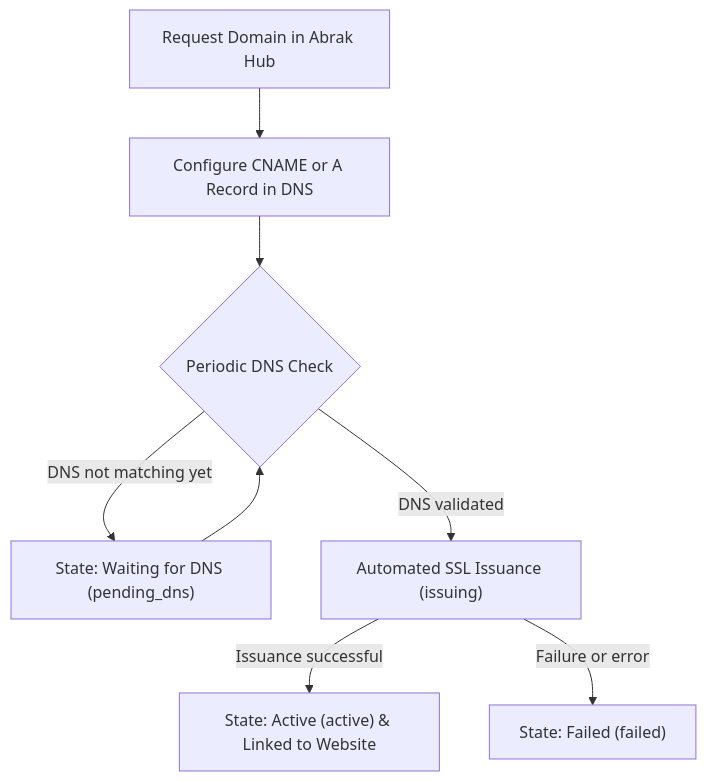
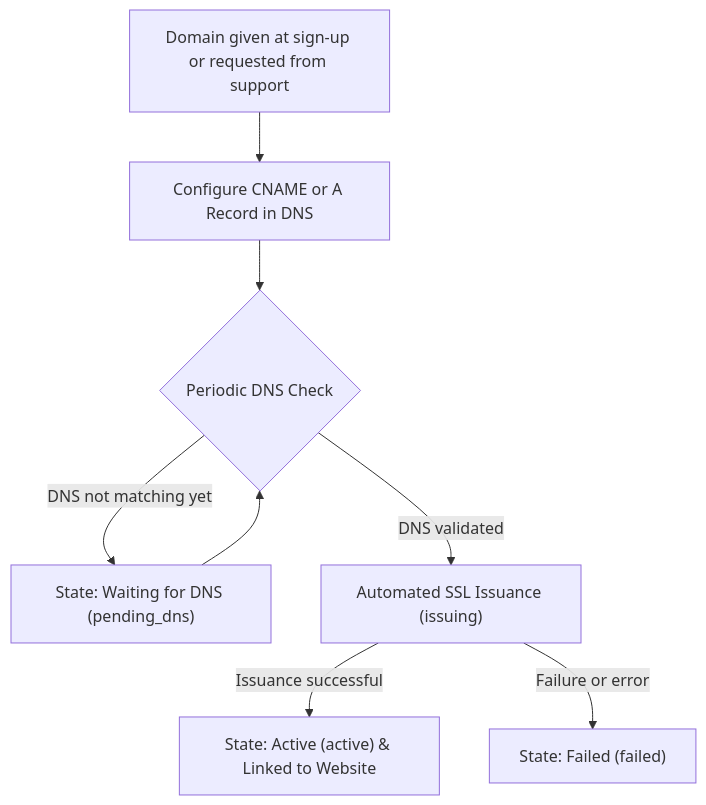
Before and after one commit to abrakorg/abrak-docs: the diagram in en/custom-domain.md, drawn with Mermaid. The commit also changed other lines of this file and 3 other files, not shown here.

Commit message:
docs(custom-domain): match the live flow — domain given at sign-up or via support, operator starts and removes, notices from the notification centre + account history (no portal claim) (fa, en, ar, ps)

````diff
--- a/en/custom-domain.md
+++ b/en/custom-domain.md
@@ -21,10 +21,10 @@
 ```mermaid
 flowchart TD
-    A["Request Domain in Abrak Hub"] --> B["Configure CNAME or A Record in DNS"]
+    A["Domain given at sign-up or requested from support"] --> B["Configure CNAME or A Record in DNS"]
     B --> C{"Periodic DNS Check"}
     C -- "DNS not matching yet" --> D["State: Waiting for DNS (pending_dns)"]
     D --> C
     C -- "DNS validated" --> E["Automated SSL Issuance (issuing)"]
     E -- "Issuance successful" --> F["State: Active (active) & Linked to Website"]
     E -- "Failure or error" --> G["State: Failed (failed)"]
 ```
````
